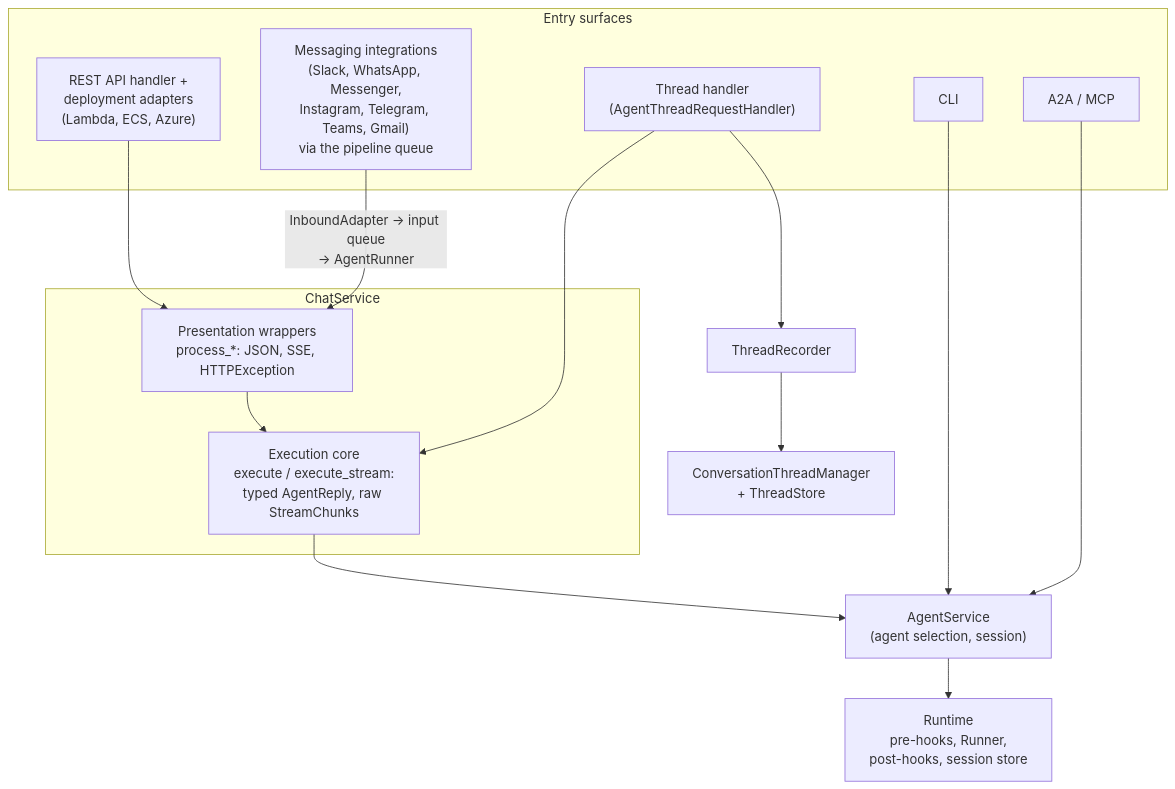
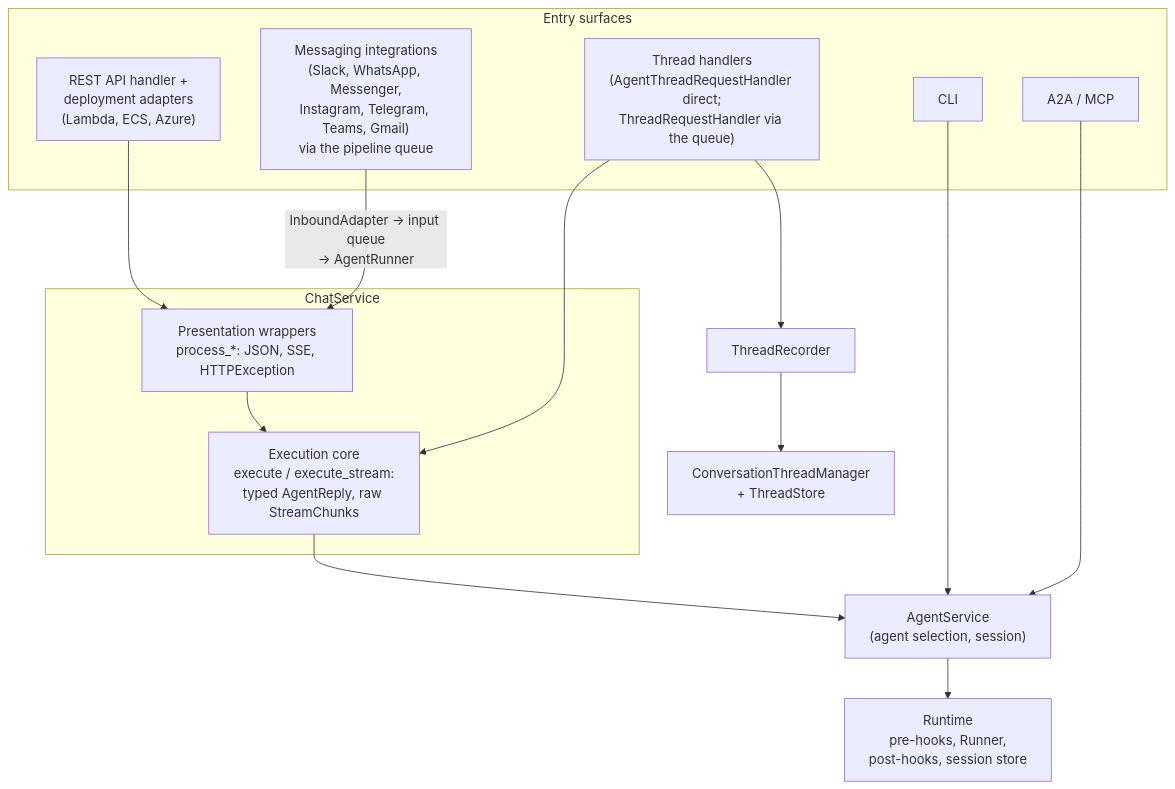
The diagram in .agents/skills/ak-dev-architecture/SKILL.md (yaalalabs/agent-kernel), drawn with Mermaid before and after one commit. The commit also changed other lines of this file and 11 other files, not shown here.

Commit message:
feat: implement conversation thread support in queue pipeline with ThreadRequestHandler

````diff
--- a/.agents/skills/ak-dev-architecture/SKILL.md
+++ b/.agents/skills/ak-dev-architecture/SKILL.md
@@ -149,29 +149,29 @@
 ```mermaid
 graph TD
     subgraph Entry["Entry surfaces"]
         REST["REST API handler +<br/>deployment adapters<br/>(Lambda, ECS, Azure)"]
-        TH["Thread handler<br/>(AgentThreadRequestHandler)"]
+        TH["Thread handlers<br/>(AgentThreadRequestHandler direct;<br/>ThreadRequestHandler via the queue)"]
         MSG["Messaging integrations<br/>(Slack, WhatsApp, Messenger,<br/>Instagram, Telegram, Teams, Gmail)<br/>via the pipeline queue"]
         CLI["CLI"]
         PROTO["A2A / MCP"]
     end
 
     subgraph CS["ChatService"]
         PRES["Presentation wrappers<br/>process_*: JSON, SSE, HTTPException"]
         CORE["Execution core<br/>execute / execute_stream:<br/>typed AgentReply, raw StreamChunks"]
     end
 
     REC["ThreadRecorder"]
     CTM["ConversationThreadManager<br/>+ ThreadStore"]
     AS["AgentService<br/>(agent selection, session)"]
     RT["Runtime<br/>pre-hooks, Runner,<br/>post-hooks, session store"]
 
     REST --> PRES --> CORE
     TH --> REC --> CTM
     TH --> CORE
     MSG -->|"InboundAdapter -> input queue<br/>-> AgentRunner"| PRES
     CORE --> AS
     CLI --> AS
     PROTO --> AS
     AS --> RT
 ```
````
